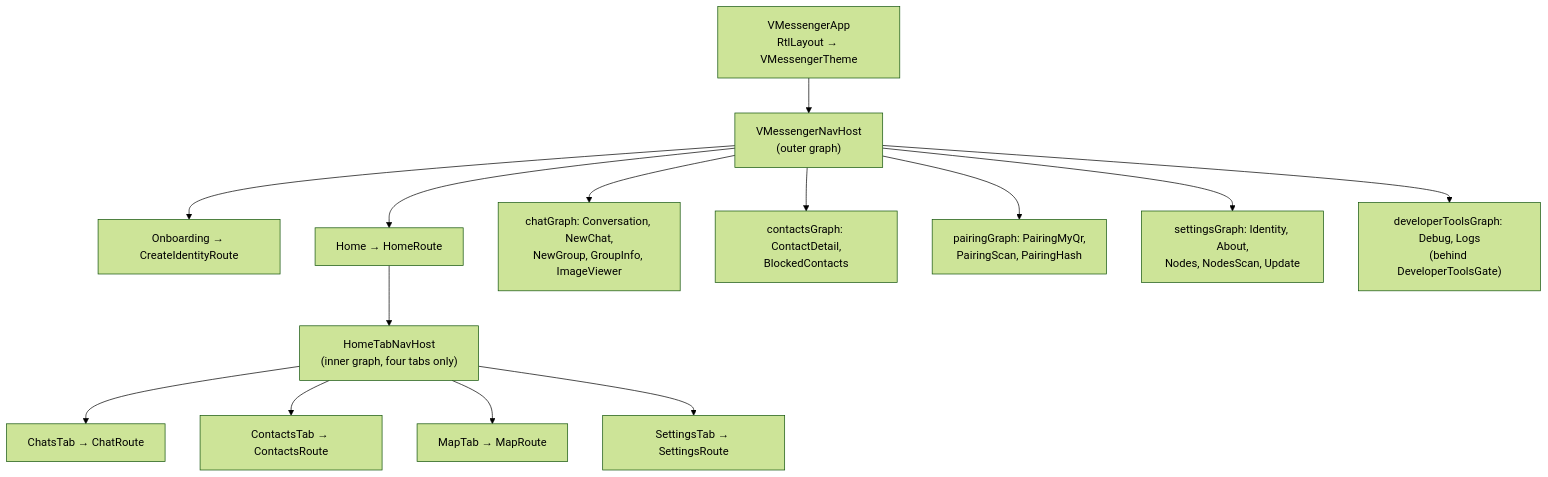
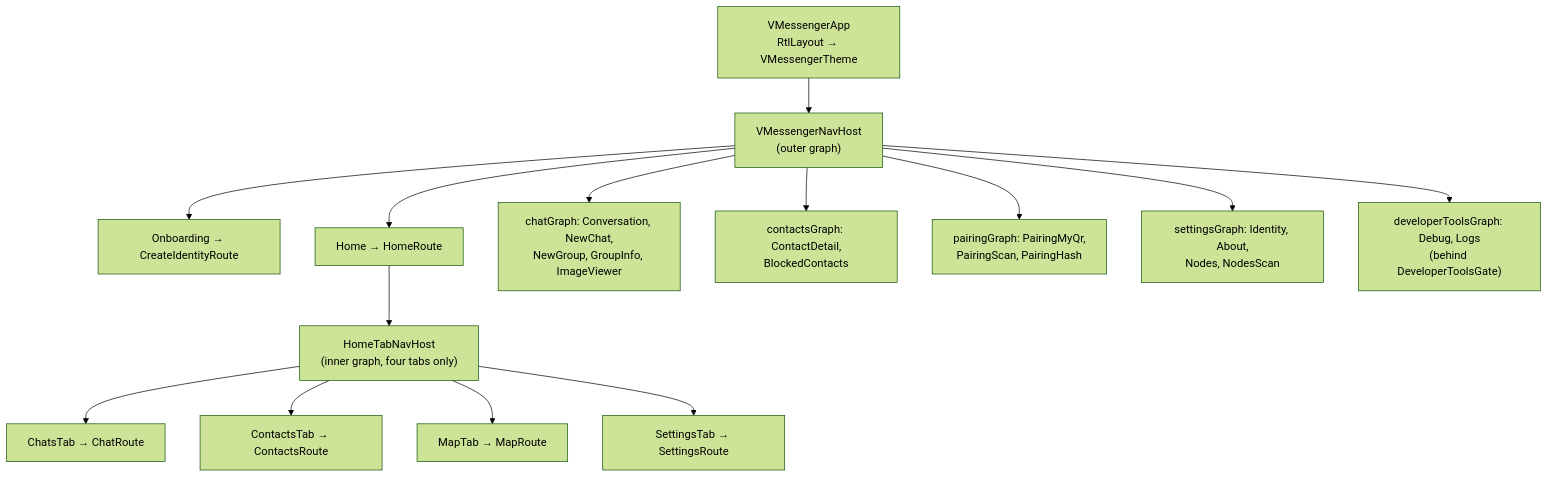
The diagram in docs/UI.md (0xAsghar/vMessenger), drawn with Mermaid (forest theme) before and after one commit. The commit also changed other lines of this file and 64 other files, not shown here.

````diff
--- a/docs/UI.md
+++ b/docs/UI.md
@@ -266,16 +266,16 @@
 ```mermaid
 flowchart TD
   App["VMessengerApp<br/>RtlLayout → VMessengerTheme"] --> Outer["VMessengerNavHost<br/>(outer graph)"]
   Outer --> Onb["Onboarding → CreateIdentityRoute"]
   Outer --> Home["Home → HomeRoute"]
   Outer --> Chat["chatGraph: Conversation, NewChat,<br/>NewGroup, GroupInfo, ImageViewer"]
   Outer --> Cont["contactsGraph: ContactDetail,<br/>BlockedContacts"]
   Outer --> Pair["pairingGraph: PairingMyQr,<br/>PairingScan, PairingHash"]
-  Outer --> Set["settingsGraph: Identity, About,<br/>Nodes, NodesScan, Update"]
+  Outer --> Set["settingsGraph: Identity, About,<br/>Nodes, NodesScan"]
   Outer --> Dev["developerToolsGraph: Debug, Logs<br/>(behind DeveloperToolsGate)"]
   Home --> Inner["HomeTabNavHost<br/>(inner graph, four tabs only)"]
   Inner --> T1["ChatsTab → ChatRoute"]
   Inner --> T2["ContactsTab → ContactsRoute"]
   Inner --> T3["MapTab → MapRoute"]
   Inner --> T4["SettingsTab → SettingsRoute"]
 ```
````
